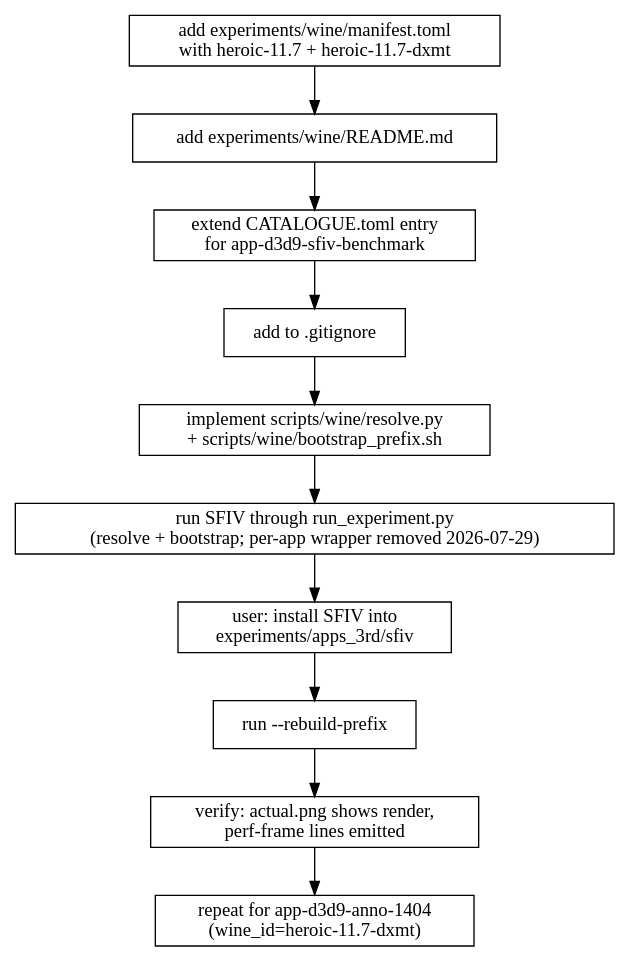
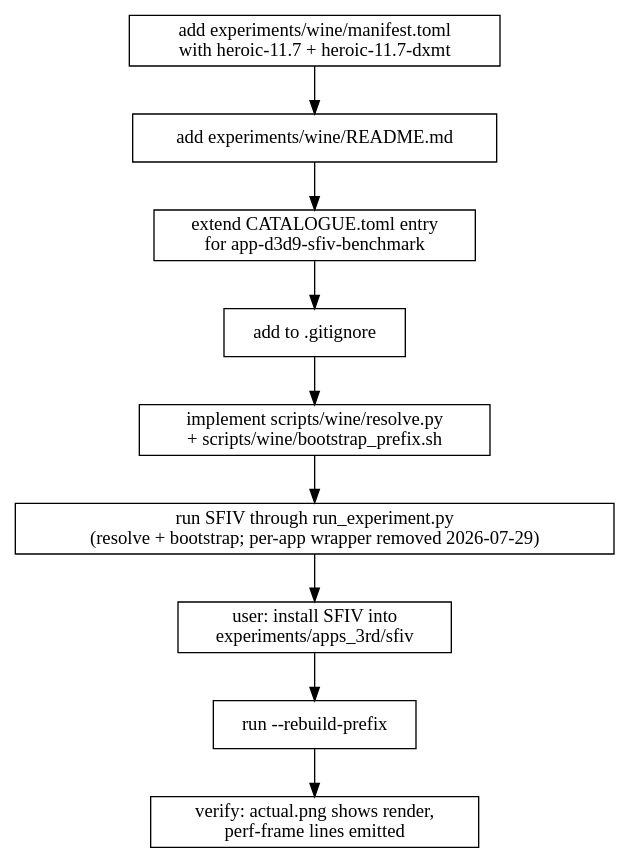
Before and after one commit to dfdgsdfg/dxmt9: the fourth of 4 diagrams in specs/experiments/runtime/spec.md, drawn with Graphviz. The commit also changed other lines of this file and 17 other files, not shown here.

````diff
--- a/specs/experiments/runtime/spec.md
+++ b/specs/experiments/runtime/spec.md
@@ -268,16 +268,15 @@
 ```dot
 digraph migrate_sfiv {
   s1[shape=box, label="add experiments/wine/manifest.toml\nwith heroic-11.7 + heroic-11.7-dxmt"];
   s2[shape=box, label="add experiments/wine/README.md"];
   s3[shape=box, label="extend CATALOGUE.toml entry\nfor app-d3d9-sfiv-benchmark"];
   s4[shape=box, label="add to .gitignore"];
   s5[shape=box, label="implement scripts/wine/resolve.py\n+ scripts/wine/bootstrap_prefix.sh"];
   s6[shape=box, label="run SFIV through run_experiment.py\n(resolve + bootstrap; per-app wrapper removed 2026-07-29)"];
   s7[shape=box, label="user: install SFIV into\nexperiments/apps_3rd/sfiv"];
   s8[shape=box, label="run --rebuild-prefix"];
   s9[shape=box, label="verify: actual.png shows render,\nperf-frame lines emitted"];
-  s10[shape=box, label="repeat for app-d3d9-anno-1404\n(wine_id=heroic-11.7-dxmt)"];
 
-  s1 -> s2 -> s3 -> s4 -> s5 -> s6 -> s7 -> s8 -> s9 -> s10;
+  s1 -> s2 -> s3 -> s4 -> s5 -> s6 -> s7 -> s8 -> s9;
 }
 ```
````
